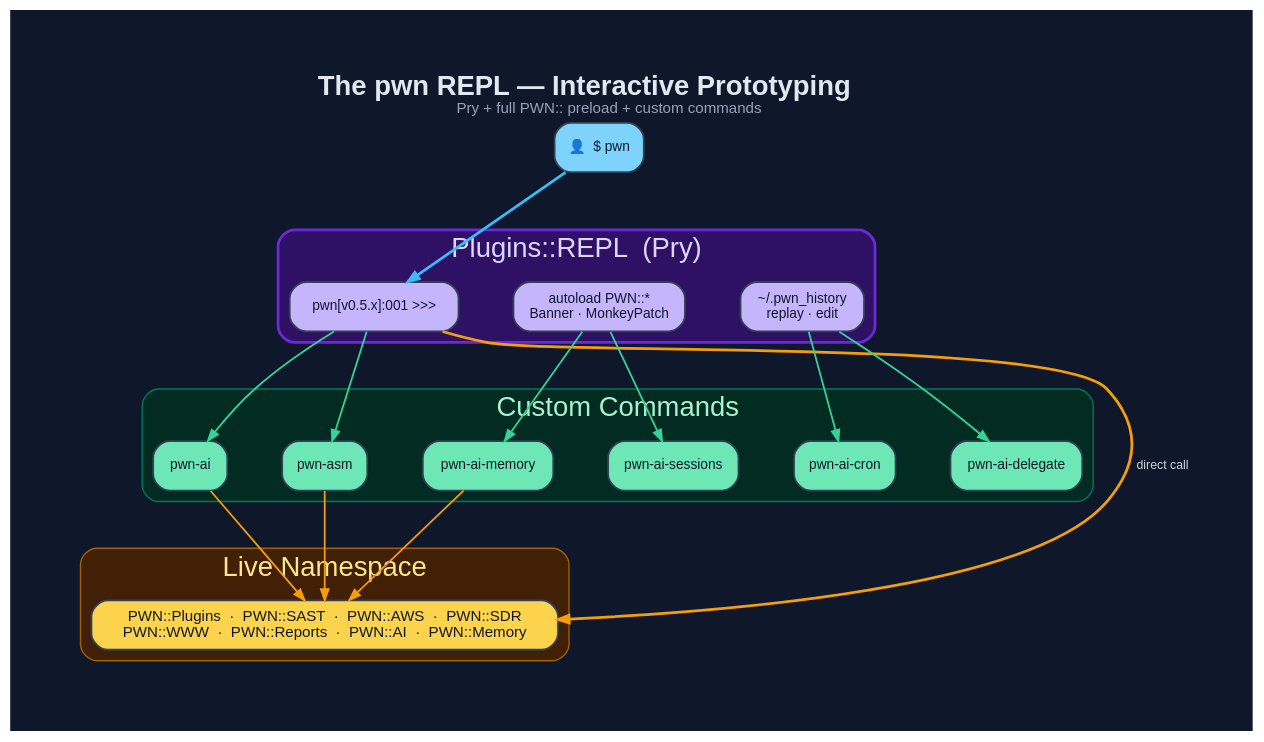
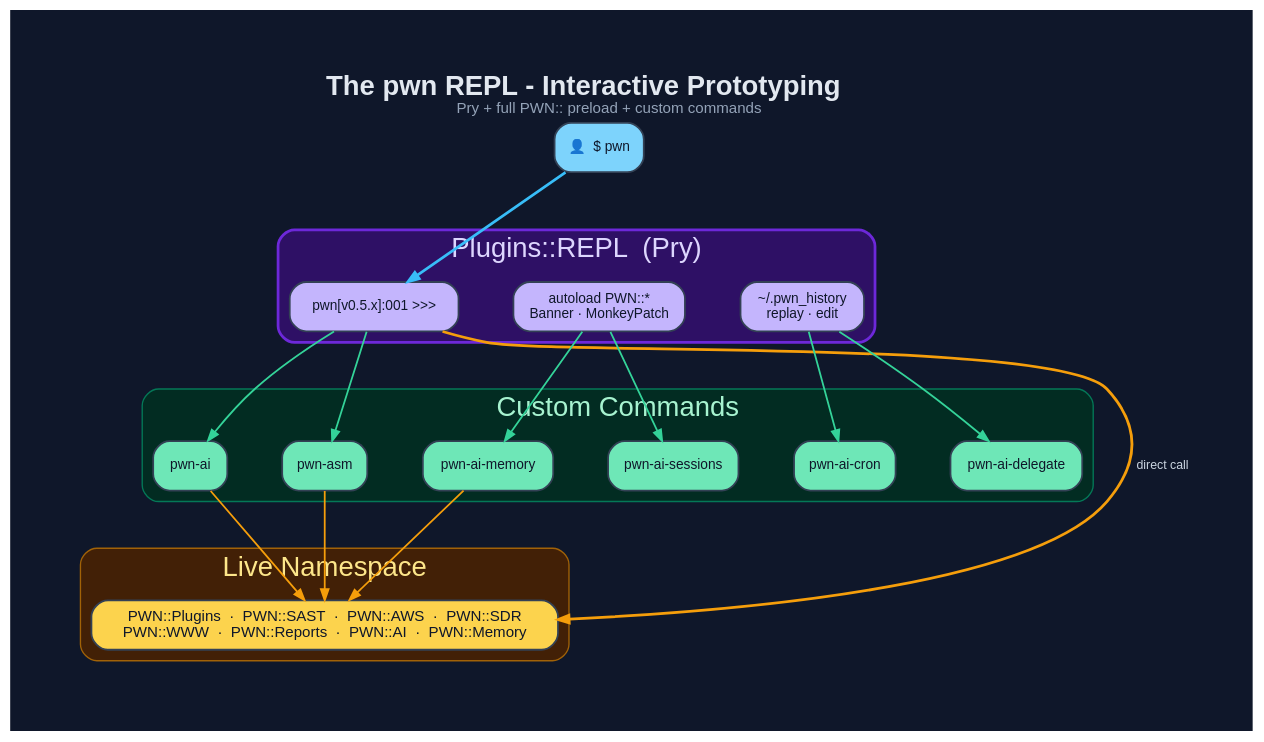
One commit to 0dayInc/pwn changed the diagram in documentation/diagrams/dot/pwn-repl-prototyping.dot. Above: the diagram before and after it, drawn with Graphviz. The commit also changed 94 other files, not shown here.

```diff
--- a/documentation/diagrams/dot/pwn-repl-prototyping.dot
+++ b/documentation/diagrams/dot/pwn-repl-prototyping.dot
@@ -1,56 +1,56 @@
 digraph "PWN_REPL" {
   graph [
-    label=<<B>The pwn REPL — Interactive Prototyping</B><BR/><FONT POINT-SIZE="11" COLOR="#94a3b8">Pry + full PWN:: preload + custom commands</FONT>>,
+    label=<<B>The pwn REPL - Interactive Prototyping</B><BR/><FONT POINT-SIZE="11" COLOR="#94a3b8">Pry + full PWN:: preload + custom commands</FONT>>,
     labelloc=t, fontsize=20, fontname="Helvetica",
     rankdir=TB, splines=spline, nodesep=0.55, ranksep=0.9,
     bgcolor="#0f172a", fontcolor="#e2e8f0", pad=0.6, newrank=true
   ];
   node [fontname="Helvetica", fontsize=10, style="filled,rounded",
         shape=box, penwidth=1.3, color="#334155", fontcolor="#0f172a"];
   edge [fontname="Helvetica", fontsize=9, color="#94a3b8",
         fontcolor="#cbd5e1", penwidth=1.3, arrowsize=0.8];
 
   User [label="👤  $ pwn", fillcolor="#7dd3fc"];
 
   subgraph cluster_repl {
     label="Plugins::REPL  (Pry)"; fontcolor="#ddd6fe"; style=rounded;
     color="#6d28d9"; bgcolor="#2e1065"; penwidth=2;
     Prompt  [label="pwn[v0.5.x]:001 >>>", fillcolor="#c4b5fd"];
     Preload [label="autoload PWN::*\nBanner · MonkeyPatch", fillcolor="#c4b5fd"];
     Hist    [label="~/.pwn_history\nreplay · edit", fillcolor="#c4b5fd"];
   }
   {rank=same; Prompt; Preload; Hist}
 
   subgraph cluster_cmds {
     label="Custom Commands"; fontcolor="#a7f3d0"; style=rounded;
     color="#047857"; bgcolor="#022c22";
     CAI   [label="pwn-ai",         fillcolor="#6ee7b7"];
     CASM  [label="pwn-asm",        fillcolor="#6ee7b7"];
     CMEM  [label="pwn-ai-memory",  fillcolor="#6ee7b7"];
     CSESS [label="pwn-ai-sessions",fillcolor="#6ee7b7"];
     CCRON [label="pwn-ai-cron",    fillcolor="#6ee7b7"];
     CDEL  [label="pwn-ai-delegate",fillcolor="#6ee7b7"];
   }
   {rank=same; CAI; CASM; CMEM; CSESS; CCRON; CDEL}
 
   subgraph cluster_ns {
     label="Live Namespace"; fontcolor="#fde68a"; style=rounded;
     color="#a16207"; bgcolor="#422006";
     NS [label="PWN::Plugins  ·  PWN::SAST  ·  PWN::AWS  ·  PWN::SDR\nPWN::WWW  ·  PWN::Reports  ·  PWN::AI  ·  PWN::Memory",
         fillcolor="#fcd34d", fontsize=11];
   }
 
   User -> Prompt  [color="#38bdf8", penwidth=2];
   User -> Preload [style=invis];
   User -> Hist    [style=invis];
   Prompt  -> CAI   [color="#34d399"];
   Prompt  -> CASM  [color="#34d399"];
   Preload -> CMEM  [color="#34d399"];
   Preload -> CSESS [color="#34d399"];
   Hist    -> CCRON [color="#34d399"];
   Hist    -> CDEL  [color="#34d399"];
   CAI  -> NS [color="#f59e0b"];
   CASM -> NS [color="#f59e0b"];
   CMEM -> NS [color="#f59e0b"];
   Prompt -> NS [label="direct call", color="#f59e0b", constraint=false, penwidth=2];
 }
```
